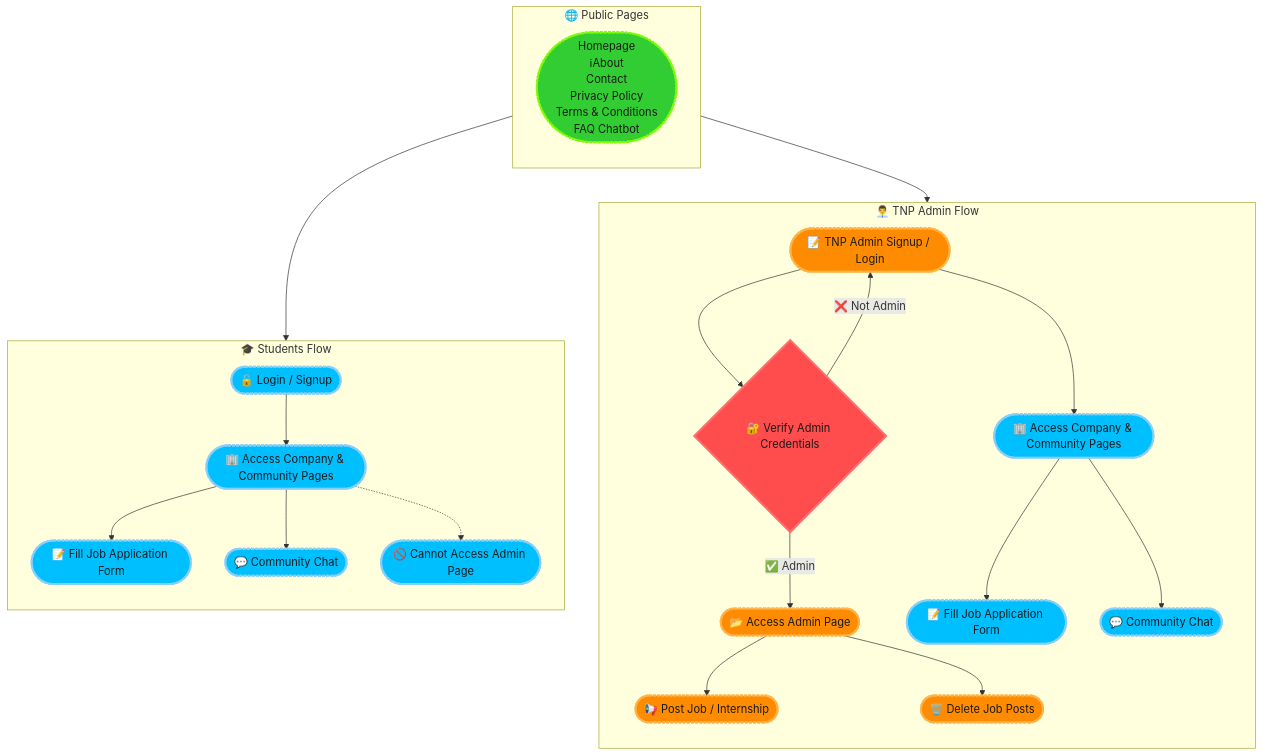
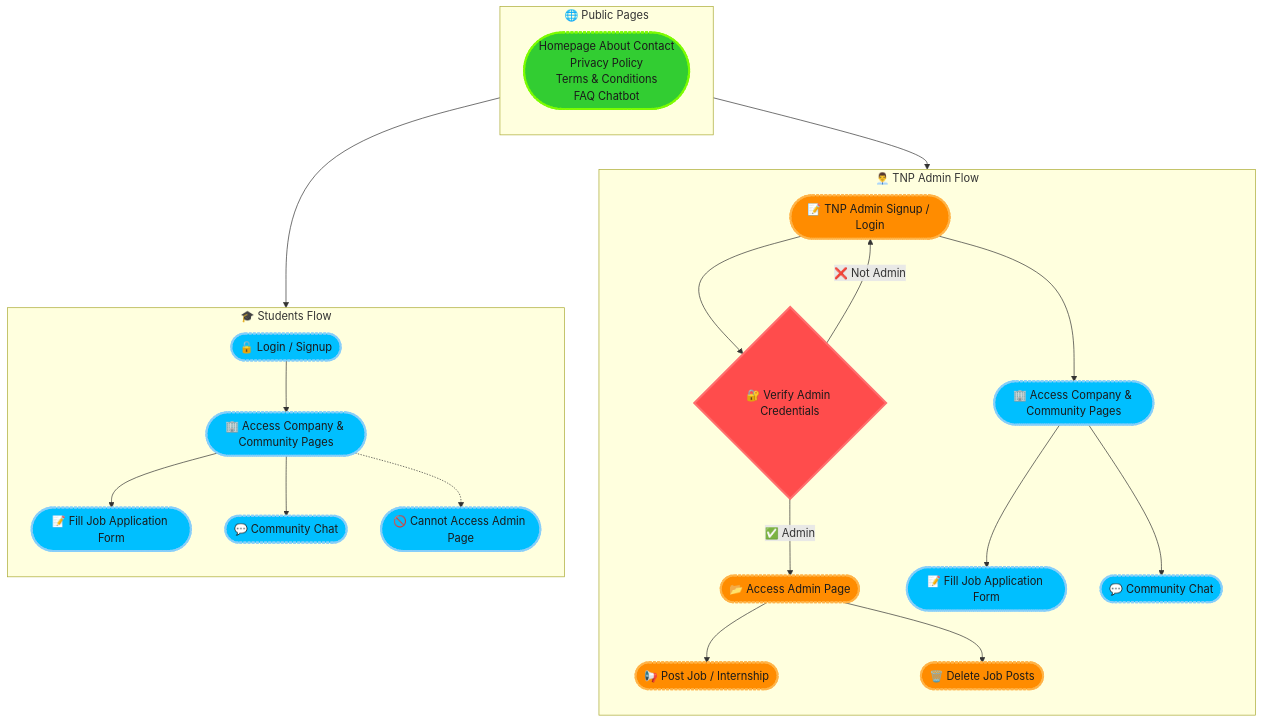
Before and after one commit to deepak-pandey1/BPIT-CareerHub: the diagram in README.md, drawn with Mermaid.

````diff
--- a/README.md
+++ b/README.md
@@ -9,44 +9,44 @@
 ```mermaid
 graph TD
     %% Define styles
     classDef adminNode fill:#ff8c00,stroke:#ffb347,stroke-width:3px,color:#1a1a1a,stroke-dasharray:4 2,round
     classDef studentNode fill:#00bfff,stroke:#87cefa,stroke-width:3px,color:#1a1a1a,stroke-dasharray:4 2,round
     classDef publicNode fill:#32cd32,stroke:#7cfc00,stroke-width:3px,color:#1a1a1a,stroke-dasharray:4 2,round
     classDef decisionNode fill:#ff4c4c,stroke:#ff6e6e,stroke-width:3px,color:#1a1a1a
 
     %% Shared Public Access
     subgraph Public["🌐 Public Pages"]
         direction TB
-        P1([Homepage<br>ℹAbout<br>Contact<br> Privacy Policy<br> Terms & Conditions<br> FAQ Chatbot]):::publicNode
+        P1([Homepage About Contact<br> Privacy Policy<br> Terms & Conditions<br> FAQ Chatbot]):::publicNode
     end
 
     %% TNP Admin Flow
     subgraph TNP_Admin["👨‍💼 TNP Admin Flow"]
         direction TB
         A1([📝 TNP Admin Signup / Login]):::adminNode --> B1{🔐 Verify Admin Credentials}:::decisionNode
         B1 -->|✅ Admin| C1([📂 Access Admin Page]):::adminNode
         B1 -->|❌ Not Admin| A1
 
         C1 --> D1([📢 Post Job / Internship]):::adminNode
         C1 --> E1([🗑️ Delete Job Posts]):::adminNode
 
         A1 --> A2([🏢 Access Company & Community Pages]):::studentNode
         A2 --> A3([📝 Fill Job Application Form]):::studentNode
         A2 --> A4([💬 Community Chat]):::studentNode
     end
 
     %% Students Flow
     subgraph Students["🎓 Students Flow"]
         direction TB
         S1([🔓 Login / Signup]):::studentNode --> S2([🏢 Access Company & Community Pages]):::studentNode
         S2 --> S3([📝 Fill Job Application Form]):::studentNode
         S2 --> S4([💬 Community Chat]):::studentNode
         S2 -.-> S5([🚫 Cannot Access Admin Page]):::studentNode
     end
 
     %% Connect Public to both flows
     P1 --> A1
     P1 --> S1
 
 
 ```
````
